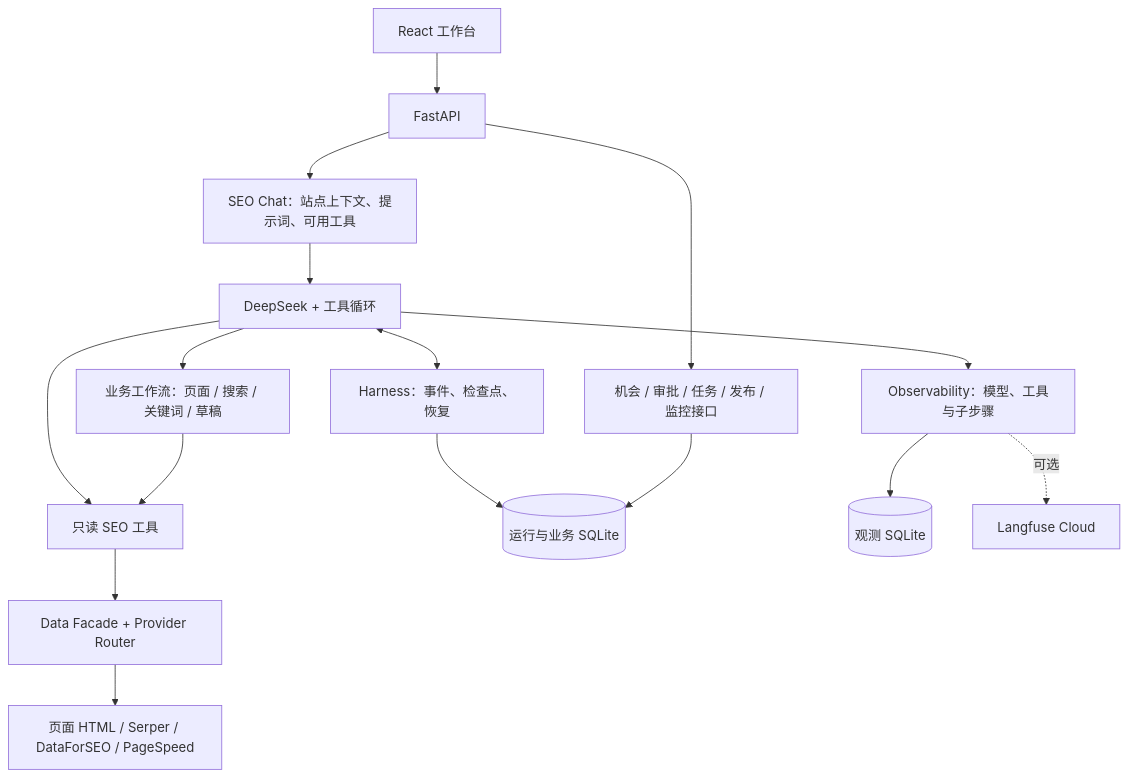
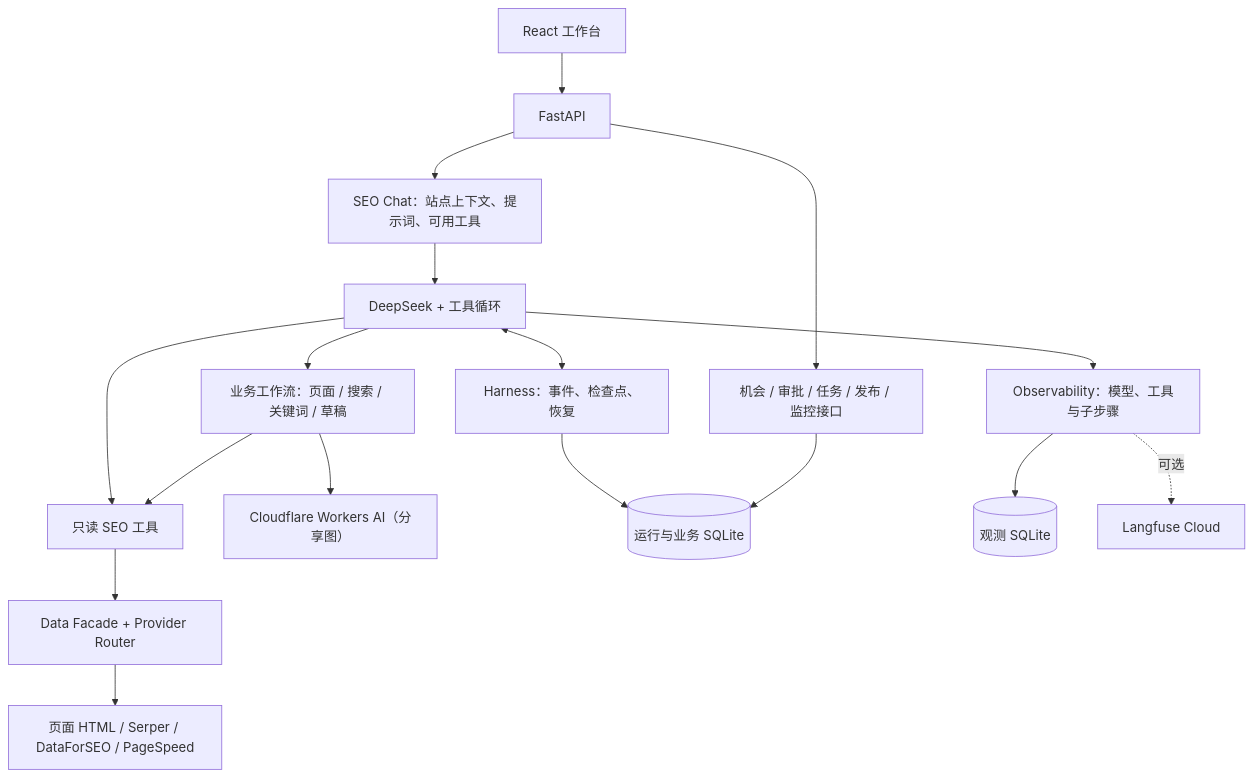
One commit to cheng-sir-0038/seo-diagnosis-agent changed the second of 2 diagrams in README.md. Above: the diagram before and after it, drawn with Mermaid. The commit also changed other lines of this file and 2 other files, not shown here.

Commit message:
docs: clarify Cloudflare setup and chat flow

````diff
--- a/README.md
+++ b/README.md
@@ -22,18 +27,19 @@
 ```mermaid
 flowchart TB
     UI["React 工作台"] --> API["FastAPI"]
     API --> CHAT["SEO Chat：站点上下文、提示词、可用工具"]
     CHAT --> LOOP["DeepSeek + 工具循环"]
     LOOP --> WF["业务工作流：页面 / 搜索 / 关键词 / 草稿"]
     LOOP --> TOOL["只读 SEO 工具"]
     WF --> TOOL
+    WF --> CF["Cloudflare Workers AI（分享图）"]
     TOOL --> DATA["Data Facade + Provider Router"]
     DATA --> EXT["页面 HTML / Serper / DataForSEO / PageSpeed"]
     LOOP <--> HARNESS["Harness：事件、检查点、恢复"]
     HARNESS --> RUNDB[("运行与业务 SQLite")]
     LOOP --> OBS["Observability：模型、工具与子步骤"]
     OBS --> OBSDB[("观测 SQLite")]
     OBS -.->|可选| LF["Langfuse Cloud"]
     API --> BIZ["机会 / 审批 / 任务 / 发布 / 监控接口"]
     BIZ --> RUNDB
 ```
````
